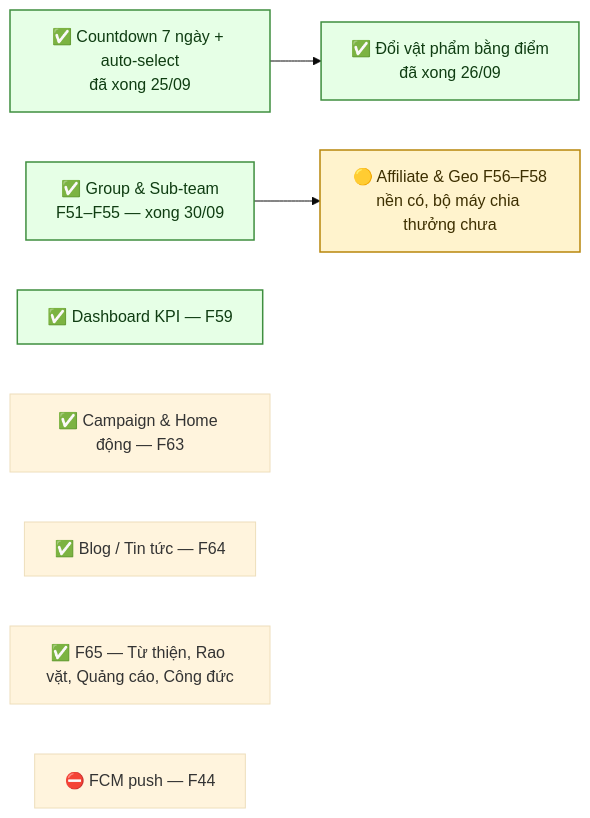
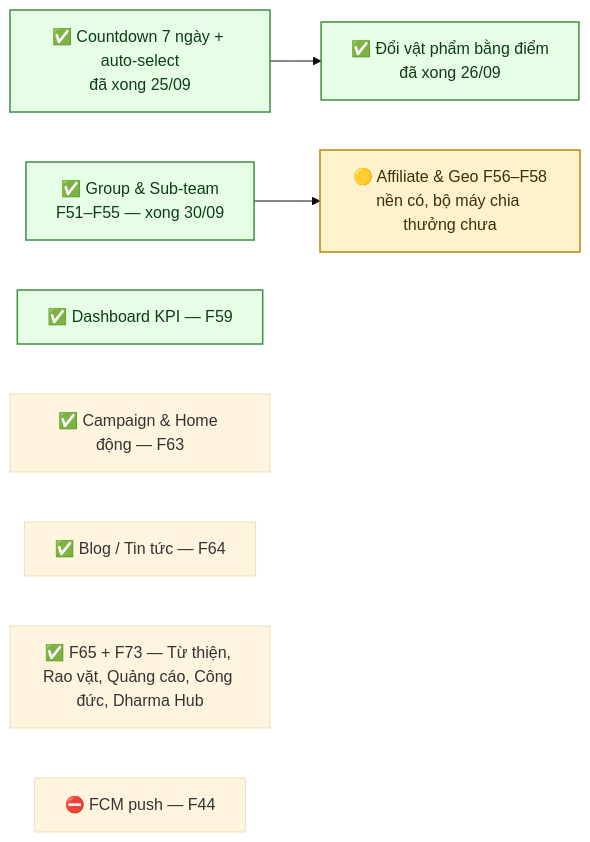
Before and after one commit to fdshn/trueheart: the diagram in docs/diagram/21-open-issues.md, drawn with Mermaid (base theme). The commit also changed 26 other files, not shown here.

````diff
--- a/docs/diagram/21-open-issues.md
+++ b/docs/diagram/21-open-issues.md
@@ -128,16 +128,16 @@
 ```mermaid
 flowchart LR
     A["✅ Countdown 7 ngày + auto-select<br/>đã xong 25/09"] --> B["✅ Đổi vật phẩm bằng điểm<br/>đã xong 26/09"]
     C["✅ Group & Sub-team<br/>F51–F55 — xong 30/09"] --> D["🟡 Affiliate & Geo F56–F58<br/>nền có, bộ máy chia thưởng chưa"]
     E["✅ Dashboard KPI — F59"]
     F["✅ Campaign & Home động — F63"]
     G["✅ Blog / Tin tức — F64"]
-    H["✅ F65 — Từ thiện, Rao vặt, Quảng cáo, Công đức"]
+    H["✅ F65 + F73 — Từ thiện, Rao vặt, Quảng cáo, Công đức, Dharma Hub"]
     I["⛔ FCM push — F44"]
 
     style A fill:#e6ffe6,stroke:#3f8f3f,stroke-width:1.5px,color:#0f3d12
     style B fill:#e6ffe6,stroke:#3f8f3f,stroke-width:1.5px,color:#0f3d12
     style C fill:#e6ffe6,stroke:#3f8f3f,stroke-width:1.5px,color:#0f3d12
     style E fill:#e6ffe6,stroke:#3f8f3f,stroke-width:1.5px,color:#0f3d12
     style D fill:#fff3cd,stroke:#b8860b,stroke-width:1.5px,color:#3d2f00
 ```
````
